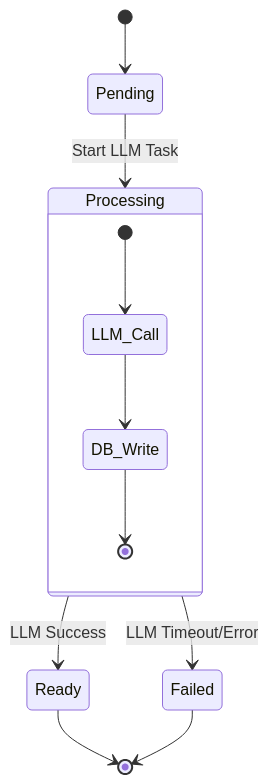
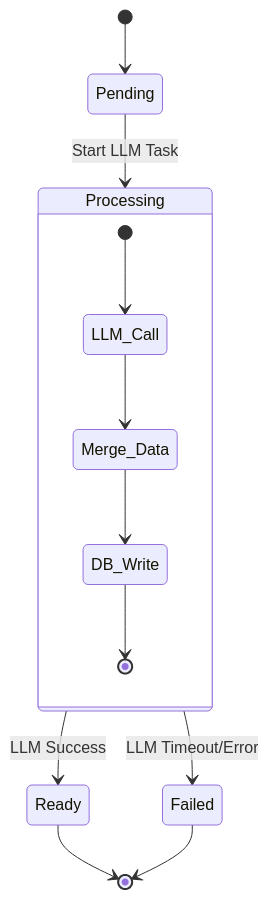
Before and after one commit to Revanththetalogics/aireume: the seventh of 9 diagrams in .qoder/repowiki/en/content/Hybrid Pipeline.md, drawn with Mermaid. The commit also changed other lines of this file and 3 other files, not shown here.

````diff
--- a/.qoder/repowiki/en/content/Hybrid Pipeline.md
+++ b/.qoder/repowiki/en/content/Hybrid Pipeline.md
@@ -375,14 +389,15 @@
 ```mermaid
 stateDiagram-v2
 [*] --> Pending
 Pending --> Processing : Start LLM Task
 Processing --> Ready : LLM Success
 Processing --> Failed : LLM Timeout/Error
 Ready --> [*]
 Failed --> [*]
 state Processing {
 [*] --> LLM_Call
-LLM_Call --> DB_Write
+LLM_Call --> Merge_Data
+Merge_Data --> DB_Write
 DB_Write --> [*]
 }
 ```
````
